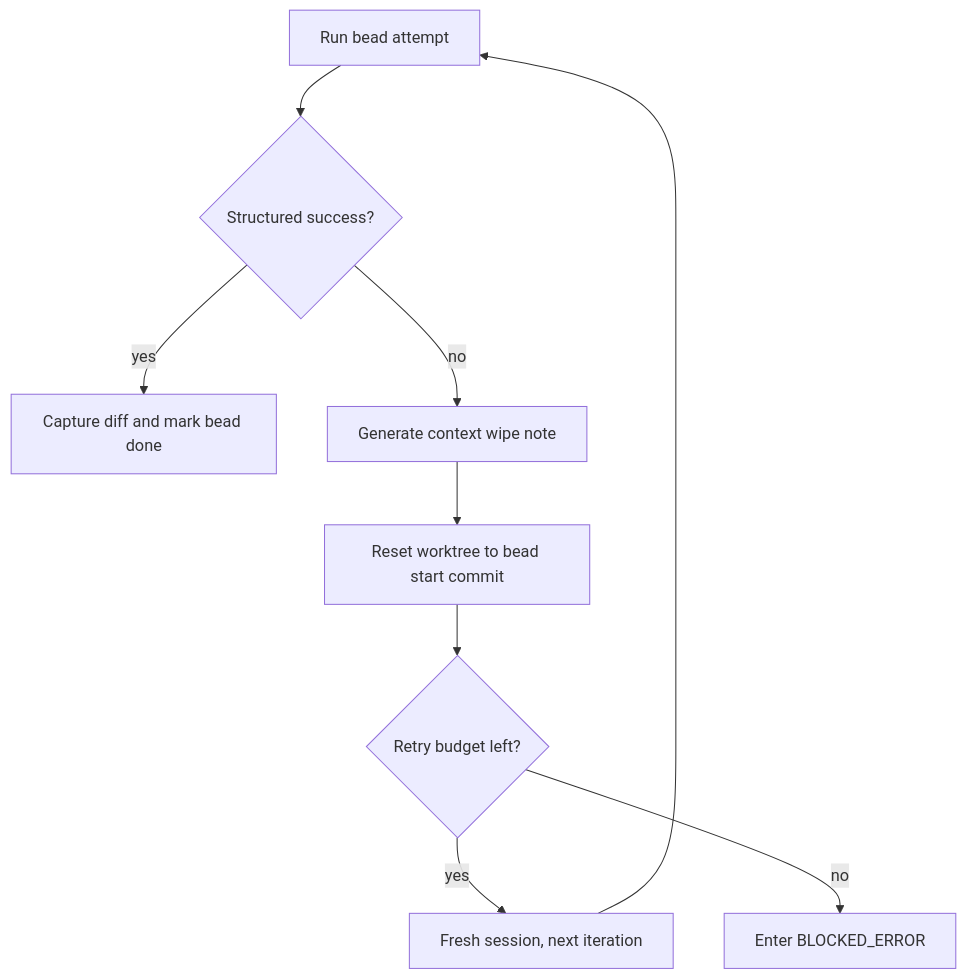
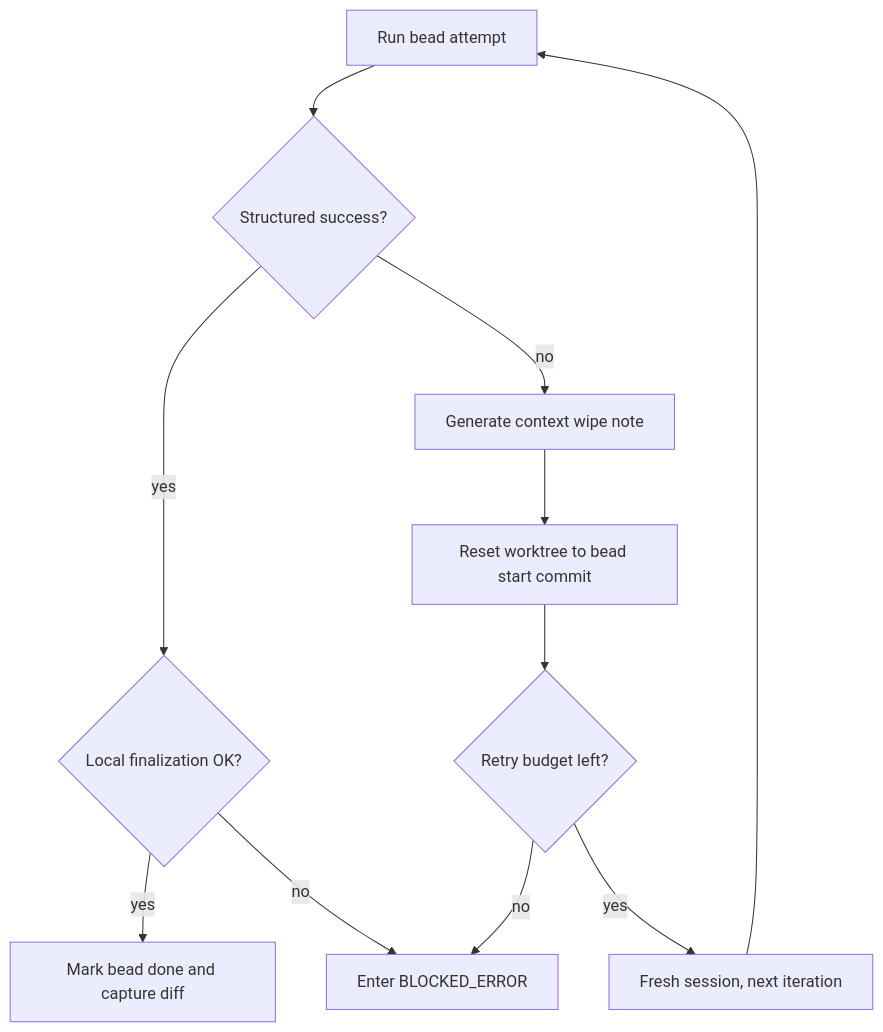
One commit to antclt/LoopTroop changed the diagram in docs/execution-loop.md. Above: the diagram before and after it, drawn with Mermaid. The commit also changed other lines of this file and 52 other files, not shown here.

````diff
--- a/docs/execution-loop.md
+++ b/docs/execution-loop.md
@@ -55,11 +55,13 @@
 ```mermaid
 flowchart TD
     A[Run bead attempt] --> B{Structured success?}
-    B -- yes --> C[Capture diff and mark bead done]
-    B -- no --> D[Generate context wipe note]
-    D --> E[Reset worktree to bead start commit]
+    B -- yes --> C{Local finalization OK?}
+    C -- yes --> S[Mark bead done and capture diff]
+    C -- no --> H[Enter BLOCKED_ERROR]
+    B -- no --> N[Generate context wipe note]
+    N --> E[Reset worktree to bead start commit]
     E --> F{Retry budget left?}
     F -- yes --> G[Fresh session, next iteration]
     G --> A
     F -- no --> H[Enter BLOCKED_ERROR]
 ```
````
